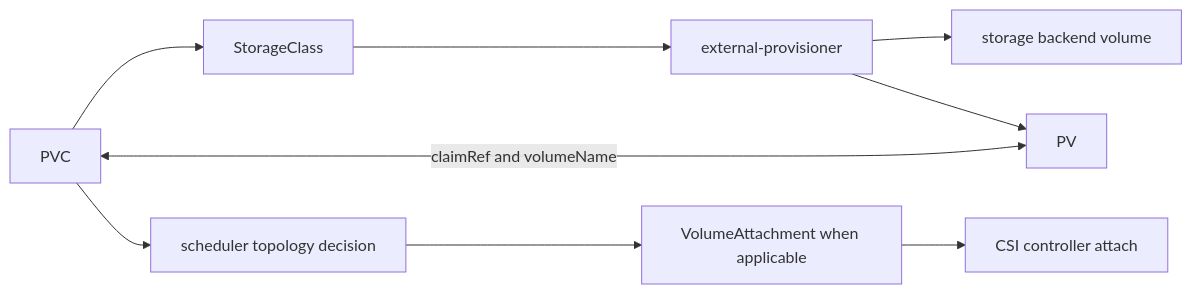
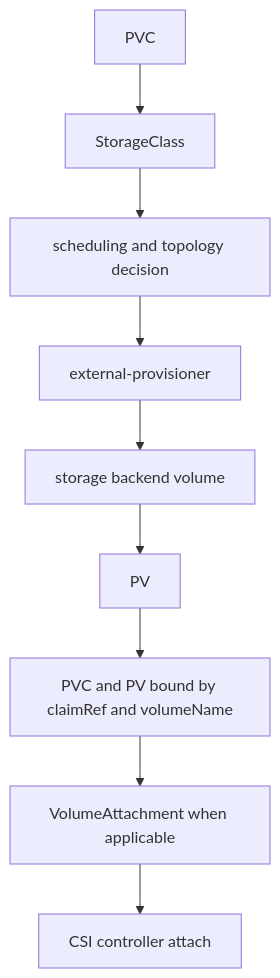
The first of 2 diagrams in core/k8s/storage.md (searge/deck), drawn with Mermaid before and after one commit. The commit also changed other lines of this file and 27 other files, not shown here.

````diff
--- a/core/k8s/storage.md
+++ b/core/k8s/storage.md
@@ -32,11 +32,11 @@
 ```mermaid
-flowchart LR
+flowchart TB
     PVC[PVC] --> SC[StorageClass]
-    SC --> PR[external-provisioner]
+    SC --> SCH[scheduling and topology decision]
+    SCH --> PR[external-provisioner]
     PR --> BE[storage backend volume]
-    PR --> PV[PV]
-    PV <-->|claimRef and volumeName| PVC
-    PVC --> SCH[scheduler topology decision]
-    SCH --> VA[VolumeAttachment when applicable]
+    BE --> PV[PV]
+    PV --> B[PVC and PV bound by claimRef and volumeName]
+    B --> VA[VolumeAttachment when applicable]
     VA --> AT[CSI controller attach]
 ```
````
